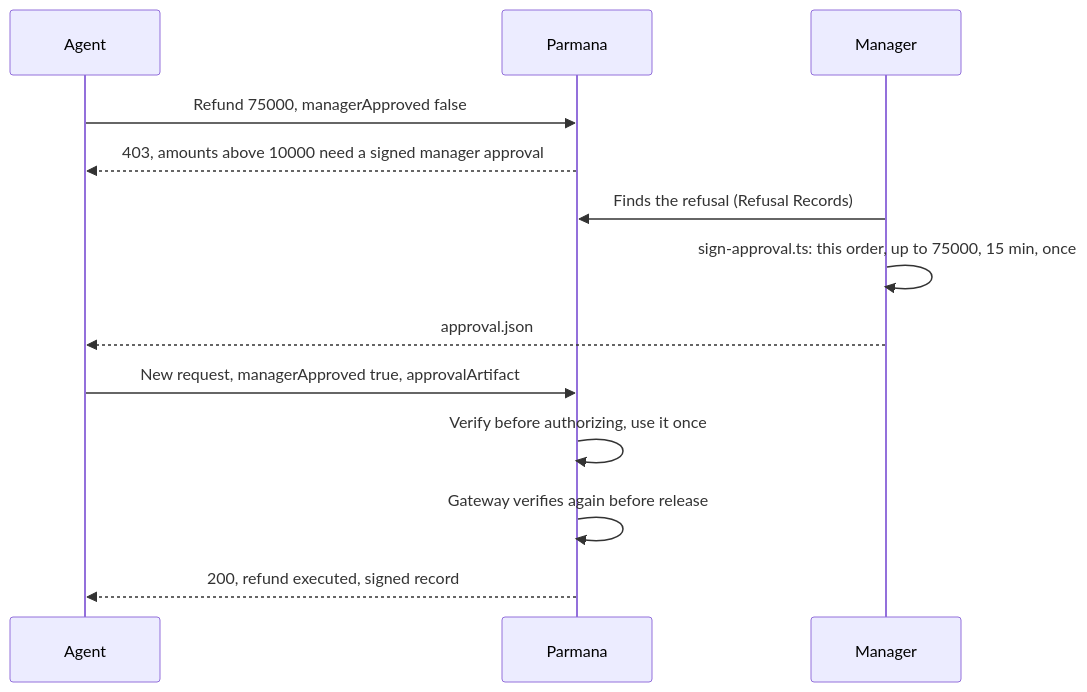
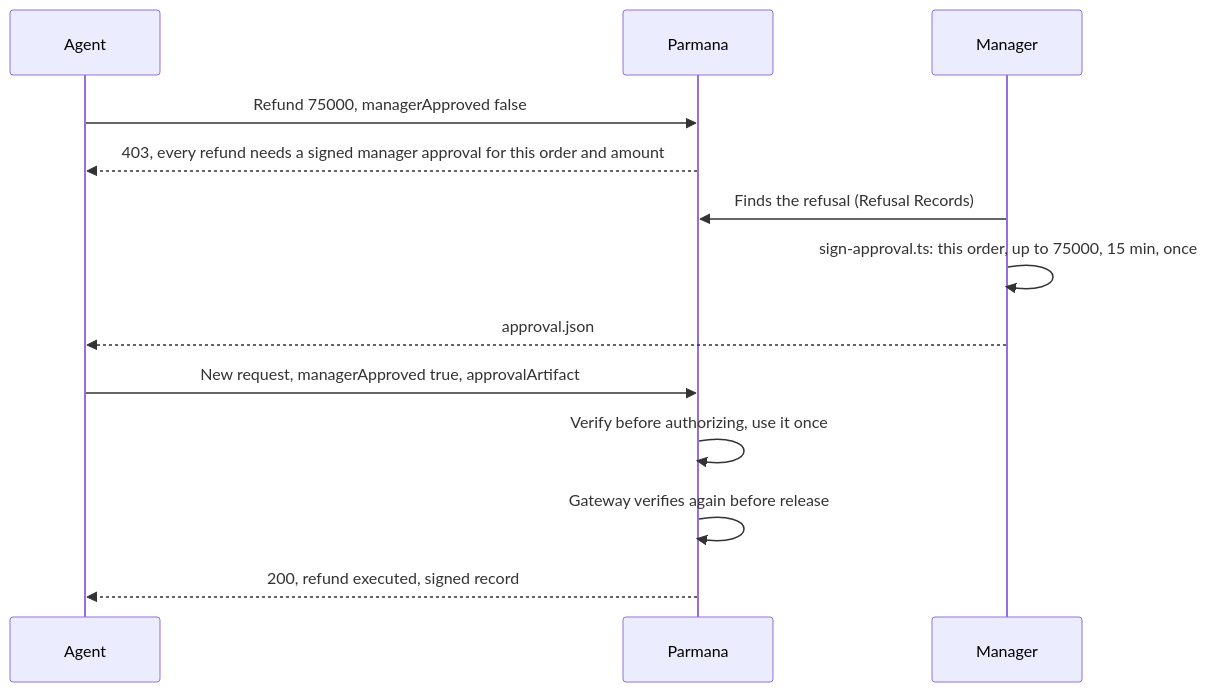
Before and after one commit to pavancharak/parmana-core: the second of 2 diagrams in docs/site/guides/policy-lifecycle-and-approvals.mdx, drawn with Mermaid. The commit also changed other lines of this file and 1 other file, not shown here.

Commit message:
Replace the 10000 refund threshold with the 1.2.0 rule in the policy lifecycle guide
customer-refund 1.2.0 needs a signed manager approval for every refund above 0, and refuses amounts above 100000 even with one. The 10000 figure is the 1.1.0 rule. llms-full.txt regenerated.

Claude-Session: https://claude.ai/code/session_01Lra1MRzefPMVe5wu96Z1Xi

````diff
--- a/docs/site/guides/policy-lifecycle-and-approvals.mdx
+++ b/docs/site/guides/policy-lifecycle-and-approvals.mdx
@@ -207,15 +207,15 @@
 ```mermaid
 sequenceDiagram
     participant G as Agent
     participant S as Parmana
     participant M as Manager
     G->>S: Refund 75000, managerApproved false
-    S-->>G: 403, amounts above 10000 need a signed manager approval
+    S-->>G: 403, every refund needs a signed manager approval for this order and amount
     M->>S: Finds the refusal (Refusal Records)
     M->>M: sign-approval.ts: this order, up to 75000, 15 min, once
     M-->>G: approval.json
     G->>S: New request, managerApproved true, approvalArtifact
     S->>S: Verify before authorizing, use it once
     S->>S: Gateway verifies again before release
     S-->>G: 200, refund executed, signed record
 ```
````
